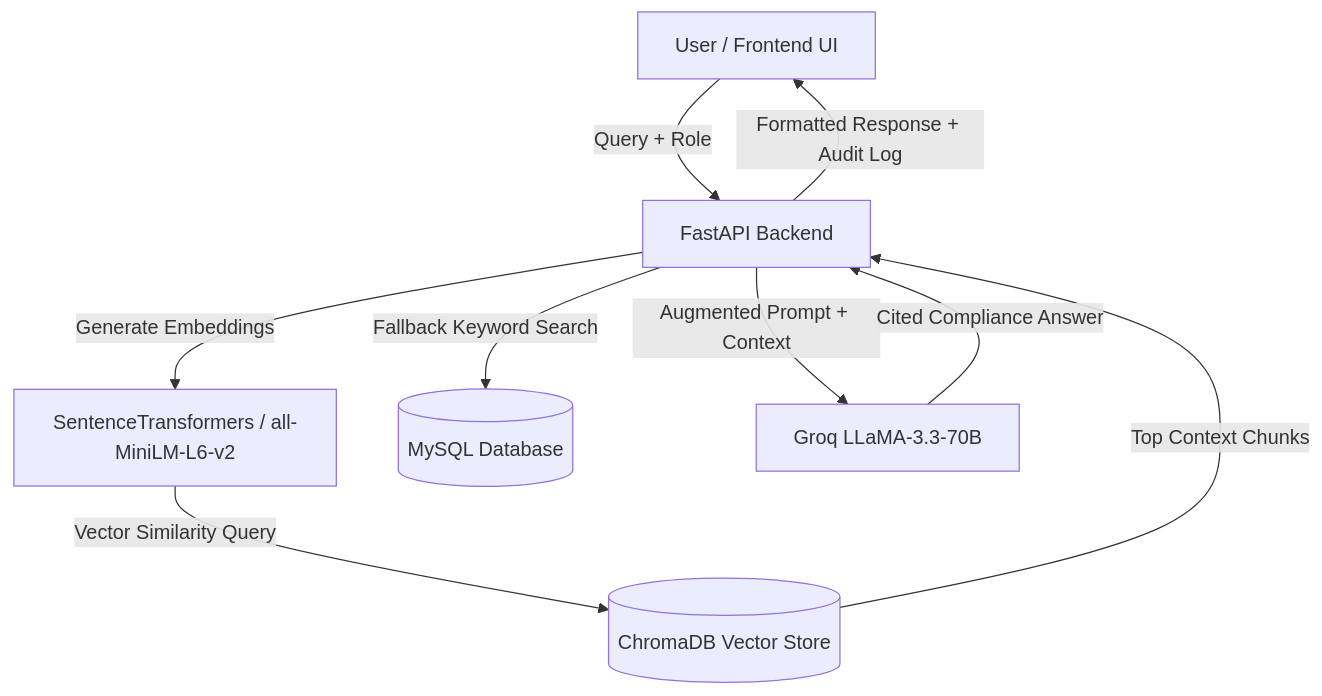
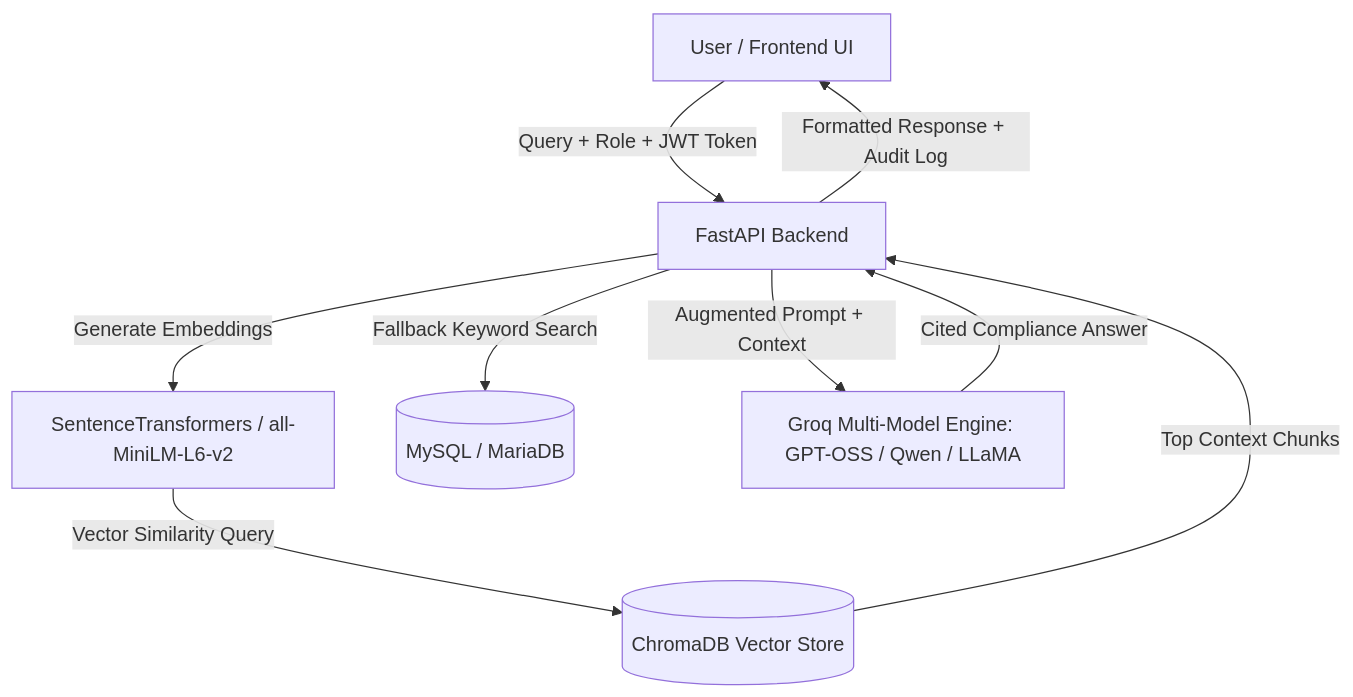
The diagram in README.md (Utsav-047/baja-rulebot), drawn with Mermaid before and after one commit. The commit also changed other lines of this file, not shown here.

Commit message:
docs: comprehensive update to README with architecture, JWT security, sliding chunking, and quickstart

````diff
--- a/README.md
+++ b/README.md
@@ -28,11 +29,11 @@
 ```mermaid
 graph TD
-    A[User / Frontend UI] -->|Query + Role| B[FastAPI Backend]
+    A[User / Frontend UI] -->|Query + Role + JWT Token| B[FastAPI Backend]
     B -->|Generate Embeddings| C[SentenceTransformers / all-MiniLM-L6-v2]
     C -->|Vector Similarity Query| D[(ChromaDB Vector Store)]
     D -->|Top Context Chunks| B
-    B -->|Fallback Keyword Search| E[(MySQL Database)]
-    B -->|Augmented Prompt + Context| F[Groq LLaMA-3.3-70B]
+    B -->|Fallback Keyword Search| E[(MySQL / MariaDB)]
+    B -->|Augmented Prompt + Context| F[Groq Multi-Model Engine: GPT-OSS / Qwen / LLaMA]
     F -->|Cited Compliance Answer| B
     B -->|Formatted Response + Audit Log| A
 ```
````
